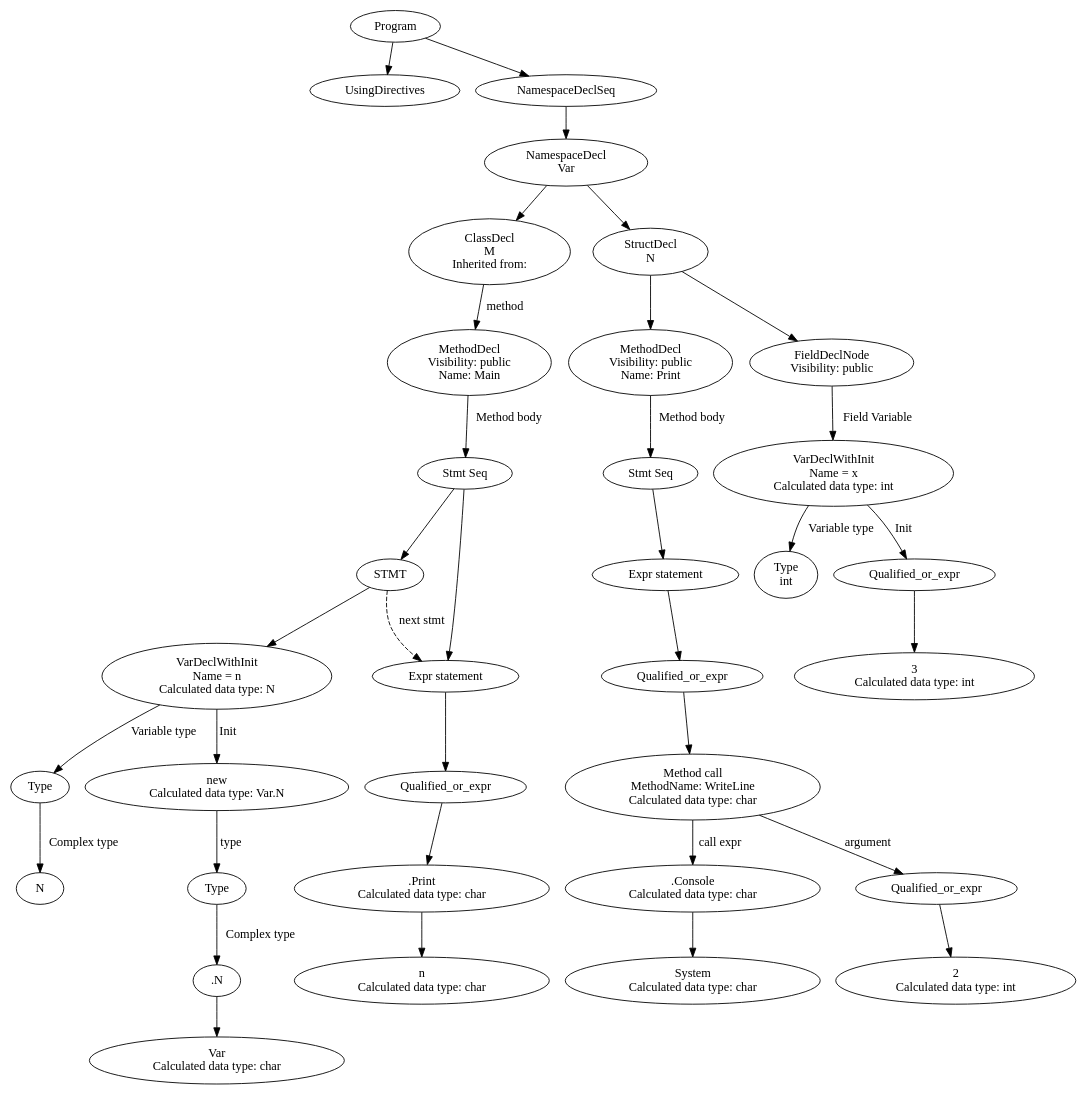
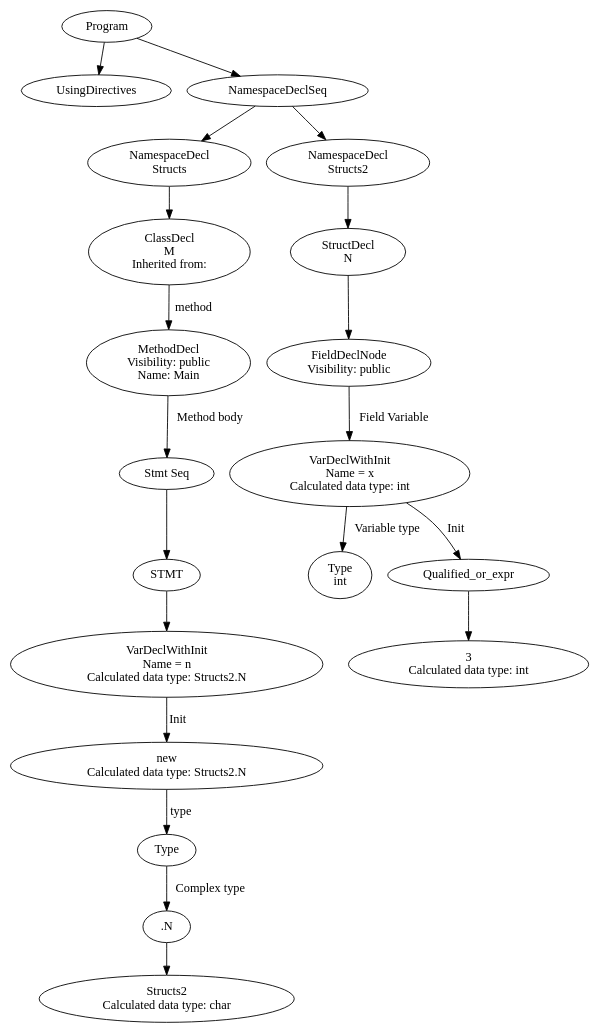
The diagram in lexer-build/ast.dot (SergeyGT/CSharp_Compiler), drawn with Graphviz before and after one commit. The commit also changed 9 other files, not shown here.

```diff
--- a/lexer-build/ast.dot
+++ b/lexer-build/ast.dot
@@ -1,70 +1,41 @@
 digraph Program {
-39 [label="Program"]
+24 [label="Program"]
 0 [label="UsingDirectives"]
-38 [label="NamespaceDeclSeq"]
-37 [label="NamespaceDecl\nVar"]
-17 [label="ClassDecl\nM\nInherited from: "]
-15 [label="MethodDecl\nVisibility: public\nName: Main"]
-10 [label="Stmt Seq"]
-9 [label="STMT"]
-8 [label="VarDeclWithInit\nName = n\nCalculated data type: N"]
-3 [label="Type"]
-2 [label="N"]
-3 -> 2 [label="Complex type"]
-8 -> 3 [label="Variable type"]
-7 [label="new\nCalculated data type: Var.N"]
-6 [label="Type"]
-5 [label=".N"]
-4 [label="Var\nCalculated data type: char"]
-5 -> 4
-6 -> 5 [label="Complex type"]
-7 -> 6 [label="type"]
-8 -> 7 [label="Init"]
-9 -> 8
-10 -> 9
-14 [label="Expr statement"]
-13 [label="Qualified_or_expr"]
-12 [label=".Print\nCalculated data type: char"]
-11 [label="n\nCalculated data type: char"]
-12 -> 11
-13 -> 12
+14 [label="NamespaceDeclSeq"]
+13 [label="NamespaceDecl\nStructs"]
+11 [label="ClassDecl\nM\nInherited from: "]
+9 [label="MethodDecl\nVisibility: public\nName: Main"]
+8 [label="Stmt Seq"]
+7 [label="STMT"]
+6 [label="VarDeclWithInit\nName = n\nCalculated data type: Structs2.N"]
+5 [label="new\nCalculated data type: Structs2.N"]
+4 [label="Type"]
+3 [label=".N"]
+2 [label="Structs2\nCalculated data type: char"]
+3 -> 2
+4 -> 3 [label="Complex type"]
+5 -> 4 [label="type"]
+6 -> 5 [label="Init"]
+7 -> 6
+8 -> 7
+9 -> 8 [label="Method body"]
+11 -> 9 [label="method"]
+13 -> 11
 14 -> 13
-10 -> 14
-9 -> 14 [label="next stmt"][style="dashed"]
-15 -> 10 [label="Method body"]
-17 -> 15 [label="method"]
-37 -> 17
-36 [label="StructDecl\nN"]
-35 [label="MethodDecl\nVisibility: public\nName: Print"]
-34 [label="Stmt Seq"]
-33 [label="Expr statement"]
-32 [label="Qualified_or_expr"]
-31 [label="Method call\nMethodName: WriteLine\nCalculated data type: char"]
-27 [label=".Console\nCalculated data type: char"]
-26 [label="System\nCalculated data type: char"]
-27 -> 26
-31 -> 27 [label="call expr"]
-29 [label="Qualified_or_expr"]
-28 [label="2\nCalculated data type: int"]
-29 -> 28
-31 -> 29 [label="argument"]
-32 -> 31
-33 -> 32
-34 -> 33
-35 -> 34 [label="Method body"]
-36 -> 35
-23 [label="FieldDeclNode\nVisibility: public"]
-22 [label="VarDeclWithInit\nName = x\nCalculated data type: int"]
-19 [label="Type\nint"]
-22 -> 19 [label="Variable type"]
-21 [label="Qualified_or_expr"]
-20 [label="3\nCalculated data type: int"]
-21 -> 20
-22 -> 21 [label="Init"]
-23 -> 22 [label="Field Variable"]
-36 -> 23
-37 -> 36
-38 -> 37
-39 -> 0
-39 -> 38
+23 [label="NamespaceDecl\nStructs2"]
+21 [label="StructDecl\nN"]
+19 [label="FieldDeclNode\nVisibility: public"]
+18 [label="VarDeclWithInit\nName = x\nCalculated data type: int"]
+15 [label="Type\nint"]
+18 -> 15 [label="Variable type"]
+17 [label="Qualified_or_expr"]
+16 [label="3\nCalculated data type: int"]
+17 -> 16
+18 -> 17 [label="Init"]
+19 -> 18 [label="Field Variable"]
+21 -> 19
+23 -> 21
+14 -> 23
+24 -> 0
+24 -> 14
 }
```
